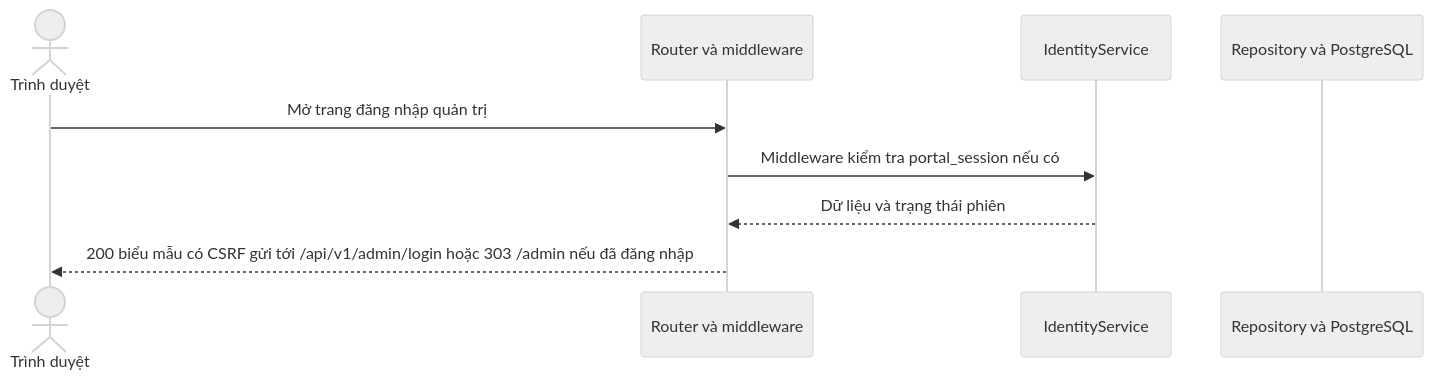
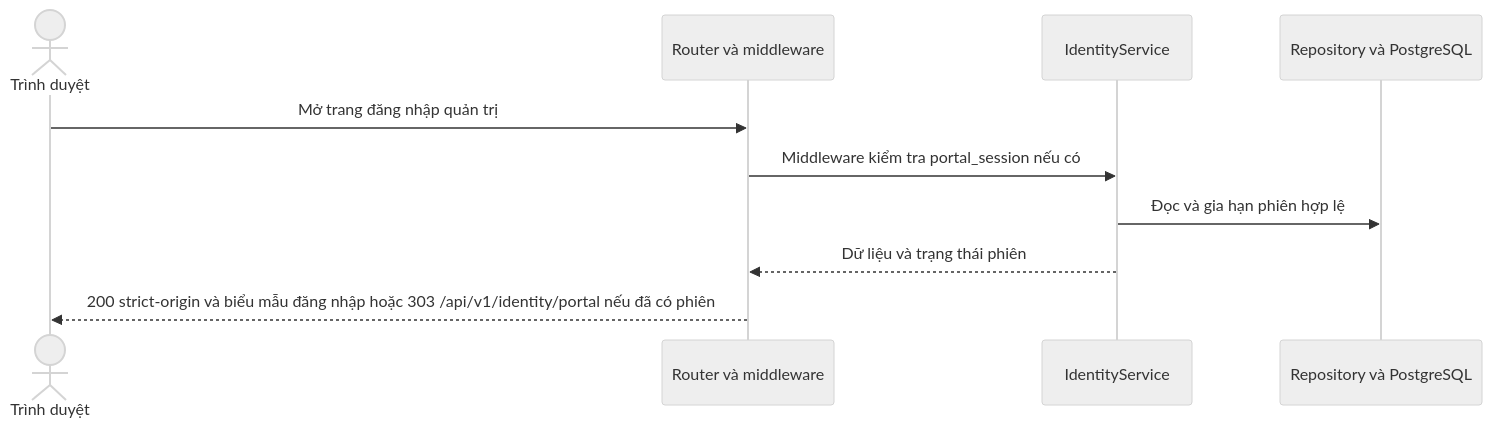
The diagram in docs/sequence/identity/get-admin-login.md (thanhklt/sobie-swimwear-e-commerce), drawn with Mermaid (neutral theme) before and after one commit. The commit also changed other lines of this file and 72 other files, not shown here.

````diff
--- a/docs/sequence/identity/get-admin-login.md
+++ b/docs/sequence/identity/get-admin-login.md
@@ -5,11 +5,12 @@
 ```mermaid
 sequenceDiagram
     actor Browser as Trình duyệt
     participant Route as Router và middleware
     participant Service as IdentityService
     participant Data as Repository và PostgreSQL
     Browser->>Route: Mở trang đăng nhập quản trị
     Route->>Service: Middleware kiểm tra portal_session nếu có
+    Service->>Data: Đọc và gia hạn phiên hợp lệ
     Service-->>Route: Dữ liệu và trạng thái phiên
-    Route-->>Browser: 200 biểu mẫu có CSRF gửi tới /api/v1/admin/login hoặc 303 /admin nếu đã đăng nhập
+    Route-->>Browser: 200 strict-origin và biểu mẫu đăng nhập hoặc 303 /api/v1/identity/portal nếu đã có phiên
 ```
````
